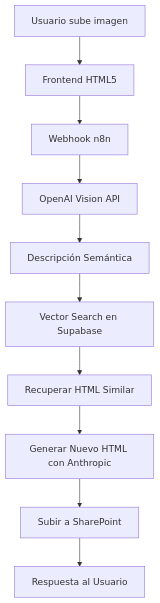
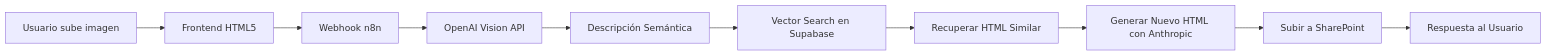
Before and after one commit to Ferx096/POC5_HTML_mailings: the first of 2 diagrams in README.md, drawn with Mermaid. The commit also changed other lines of this file, not shown here.

````diff
--- a/README.md
+++ b/README.md
@@ -19,12 +19,12 @@
 ```mermaid
-graph TD
+graph LR
     A[Usuario sube imagen] --> B[Frontend HTML5]
     B --> C[Webhook n8n]
     C --> D[OpenAI Vision API]
     D --> E[Descripción Semántica]
     E --> F[Vector Search en Supabase]
     F --> G[Recuperar HTML Similar]
     G --> H[Generar Nuevo HTML con Anthropic]
     H --> I[Subir a SharePoint]
     I --> J[Respuesta al Usuario]
 ```
````
